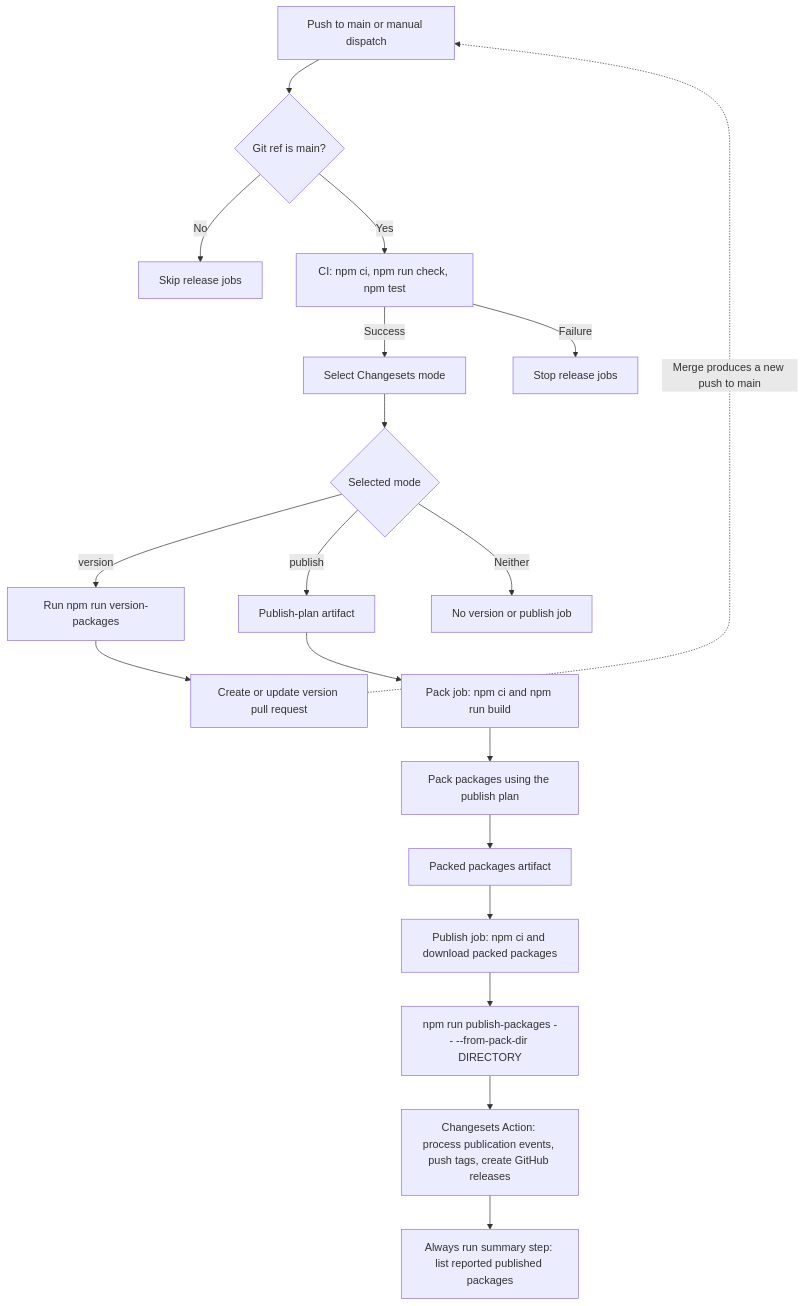
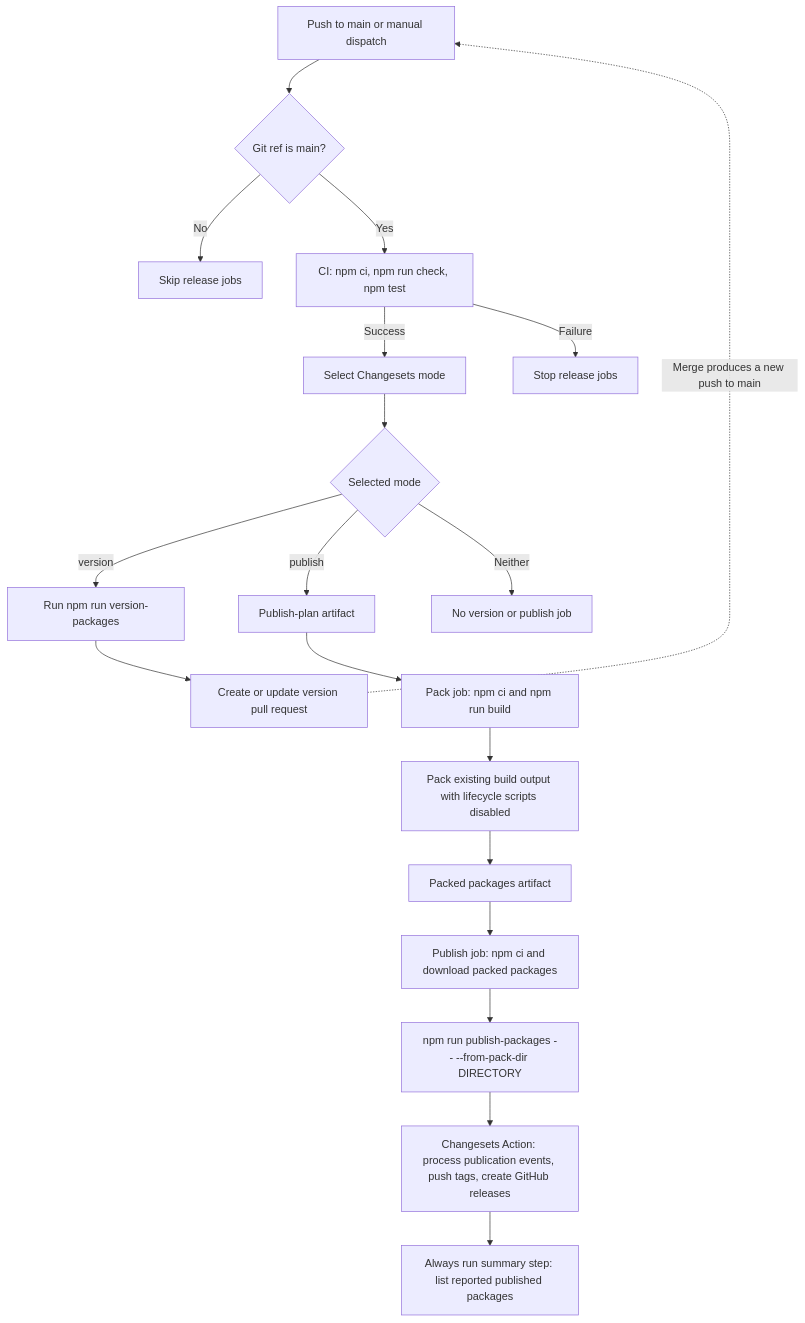
One commit to ambyjkl/pi-extensions changed the diagram in docs/publish-workflow.md. Above: the diagram before and after it, drawn with Mermaid. The commit also changed other lines of this file and 2 other files, not shown here.

Commit message:
fix(release): prevent parallel prepack rebuild races

````diff
--- a/docs/publish-workflow.md
+++ b/docs/publish-workflow.md
@@ -5,21 +5,21 @@
 ```mermaid
 flowchart TD
     Trigger["Push to main or manual dispatch"] --> Main{"Git ref is main?"}
     Main -->|No| Skip["Skip release jobs"]
     Main -->|Yes| CI["CI: npm ci, npm run check, npm test"]
     CI -->|Success| Select["Select Changesets mode"]
     CI -->|Failure| Stop["Stop release jobs"]
     Select --> Mode{"Selected mode"}
     Mode -->|version| Version["Run npm run version-packages"]
     Version --> PR["Create or update version pull request"]
     PR -. "Merge produces a new push to main" .-> Trigger
     Mode -->|publish| Plan["Publish-plan artifact"]
     Plan --> Pack["Pack job: npm ci and npm run build"]
-    Pack --> Tarballs["Pack packages using the publish plan"]
+    Pack --> Tarballs["Pack existing build output with lifecycle scripts disabled"]
     Tarballs --> Artifact["Packed packages artifact"]
     Artifact --> Publish["Publish job: npm ci and download packed packages"]
     Publish --> Native["npm run publish-packages -- --from-pack-dir DIRECTORY"]
     Native --> Action["Changesets Action: process publication events, push tags, create GitHub releases"]
     Action --> Summary["Always run summary step: list reported published packages"]
     Mode -->|Neither| None["No version or publish job"]
 ```
````
